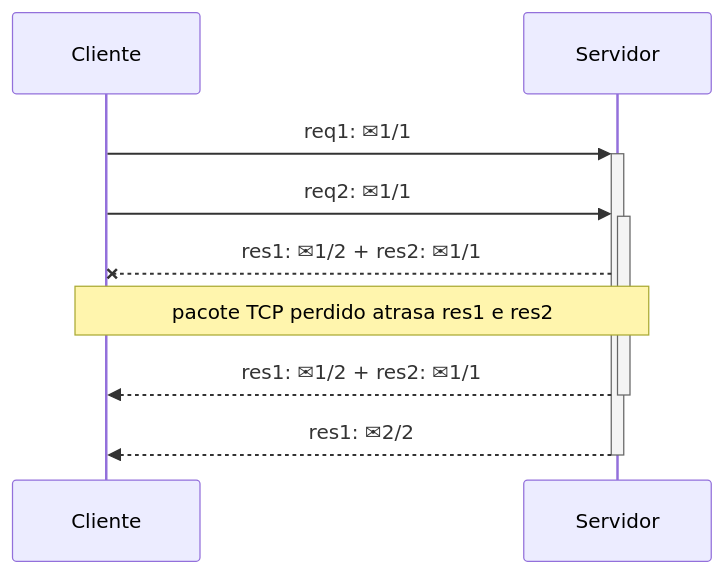
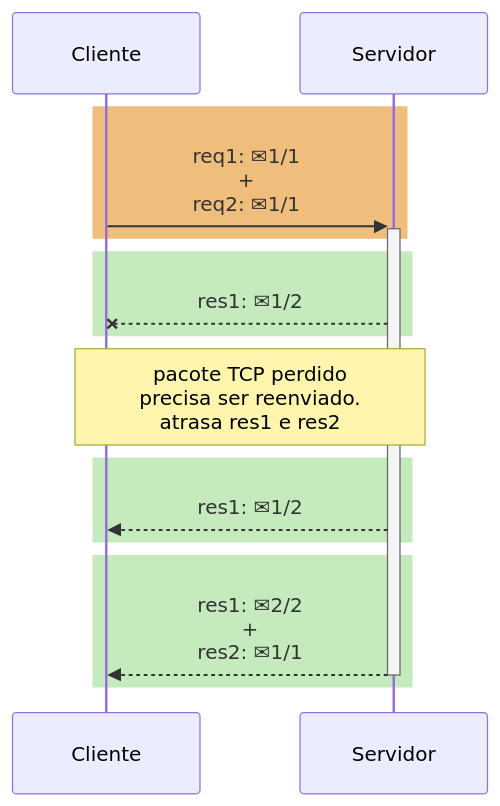
One commit to alexandrehtrb/alexandrehtrb.github.io changed the third of 4 diagrams in src/posts/2024/03/http2-e-http3-explicados.md. Above: the diagram before and after it, drawn with Mermaid. The commit also changed other lines of this file and 1 other file, not shown here.

Commit message:
article: colouring TCP packets in diagrams

````diff
--- a/src/posts/2024/03/http2-e-http3-explicados.md
+++ b/src/posts/2024/03/http2-e-http3-explicados.md
@@ -152,9 +157,16 @@
 ```mermaid
 sequenceDiagram
-    Cliente->>+Servidor: req1: #9993;1/1
-    Cliente->>+Servidor: req2: #9993;1/1
-    Servidor--xCliente: res1: #9993;1/2 + res2: #9993;1/1
-    Note over Cliente,Servidor: pacote TCP perdido atrasa res1 e res2
-    Servidor-->>-Cliente: res1: #9993;1/2 + res2: #9993;1/1
-    Servidor-->>-Cliente: res1: #9993;2/2
+    rect rgb(239,190,125)
+        Cliente->>+Servidor: req1: #9993;1/1<br>+<br>req2: #9993;1/1
+    end
+    rect rgb(197, 234, 189)
+        Servidor--xCliente: res1: #9993;1/2
+    end
+    Note over Cliente,Servidor: pacote TCP perdido<br>precisa ser reenviado.<br>atrasa res1 e res2
+    rect rgb(197, 234, 189)
+        Servidor-->>Cliente: res1: #9993;1/2
+    end
+    rect rgb(197, 234, 189)
+        Servidor-->>-Cliente: res1: #9993;2/2<br>+<br>res2: #9993;1/1
+    end
 ```
````
